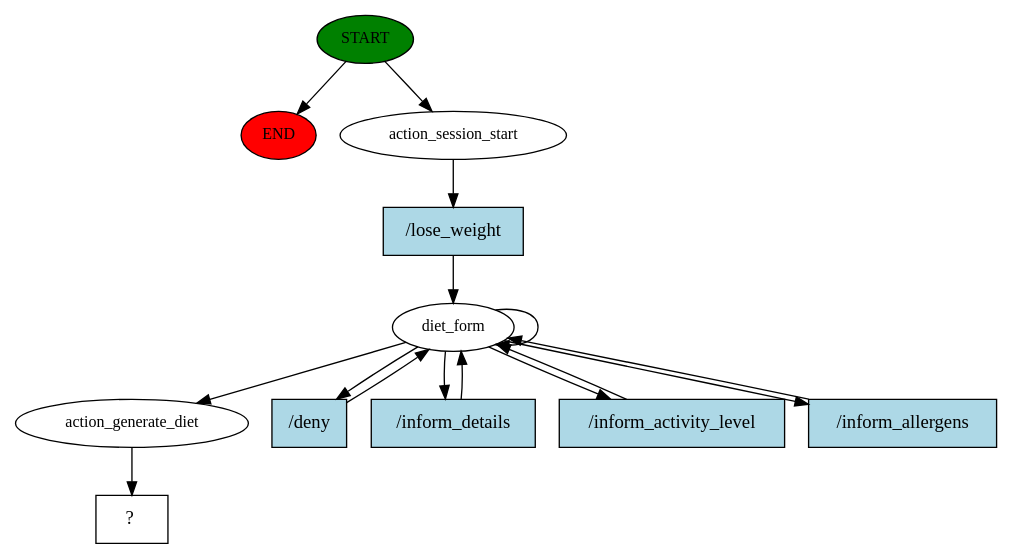
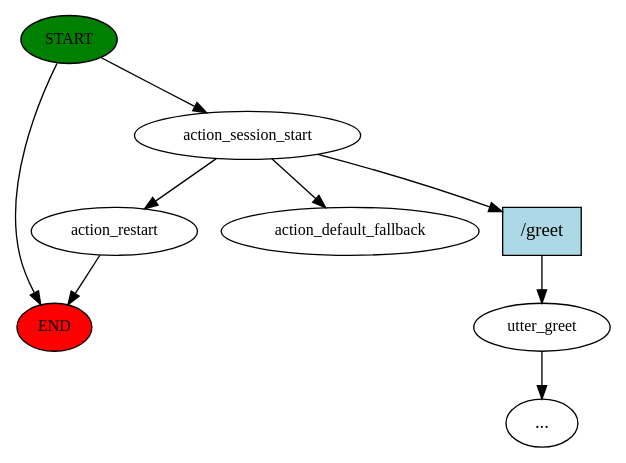
One commit to v-rowjee/Chatbot-Engine changed the diagram in story_graph.dot. Above: the diagram before and after it, drawn with Graphviz. The commit also changed 10 other files, not shown here.

```diff
--- a/story_graph.dot
+++ b/story_graph.dot
@@ -1,28 +1,18 @@
 digraph  {
 0 [class="start active", fillcolor=green, fontsize=12, label=START, style=filled];
 "-1" [class=end, fillcolor=red, fontsize=12, label=END, style=filled];
 1 [class=active, fontsize=12, label=action_session_start];
-2 [class=active, fontsize=12, label=diet_form];
-13 [class=active, fontsize=12, label=action_generate_diet];
-14 [class="intent dashed active", label="  ?  ", shape=rect];
-15 [class="intent active", fillcolor=lightblue, label="/lose_weight", shape=rect, style=filled];
-16 [class="intent active", fillcolor=lightblue, label="/deny", shape=rect, style=filled];
-17 [class="intent active", fillcolor=lightblue, label="/inform_details", shape=rect, style=filled];
-18 [class="intent active", fillcolor=lightblue, label="/inform_activity_level", shape=rect, style=filled];
-19 [class="intent active", fillcolor=lightblue, label="/inform_allergens", shape=rect, style=filled];
+2 [class="", fontsize=12, label=utter_greet];
+"-3" [class=ellipsis, label="..."];
+4 [class="", fontsize=12, label=action_restart];
+6 [class="dashed active", fontsize=12, label=action_default_fallback];
+7 [class=intent, fillcolor=lightblue, label="/greet", shape=rect, style=filled];
 0 -> "-1"  [class="", key=NONE, label=""];
 0 -> 1  [class=active, key=NONE, label=""];
-1 -> 15  [class=active, key=0];
-2 -> 2  [class=active, key=NONE, label=""];
-2 -> 13  [class=active, key=NONE, label=""];
-2 -> 16  [class=active, key=0];
-2 -> 17  [class=active, key=0];
-2 -> 18  [class=active, key=0];
-2 -> 19  [class=active, key=0];
-13 -> 14  [class=active, key=NONE, label=""];
-15 -> 2  [class=active, key=0];
-16 -> 2  [class=active, key=0];
-17 -> 2  [class=active, key=0];
-18 -> 2  [class=active, key=0];
-19 -> 2  [class=active, key=0];
+1 -> 4  [class="", key=NONE, label=""];
+1 -> 6  [class=active, key=NONE, label=""];
+1 -> 7  [class="", key=0];
+2 -> "-3"  [class="", key=NONE, label=""];
+4 -> "-1"  [class="", key=NONE, label=""];
+7 -> 2  [class="", key=0];
 }
```
